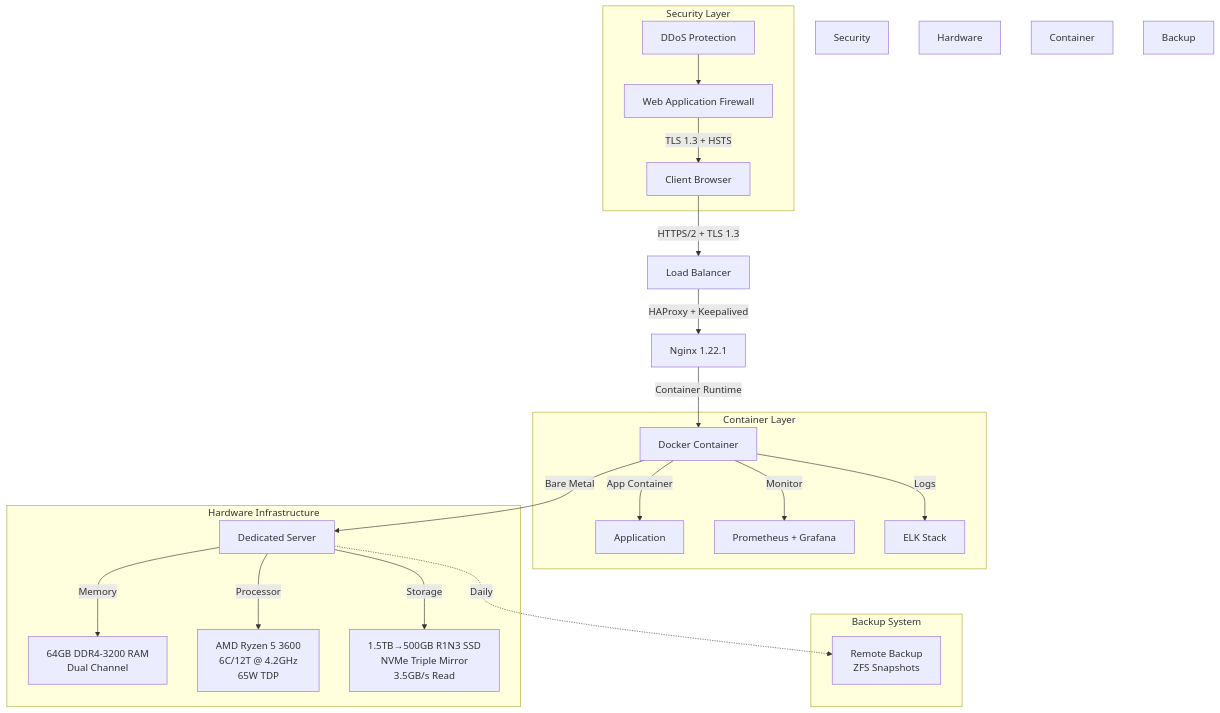
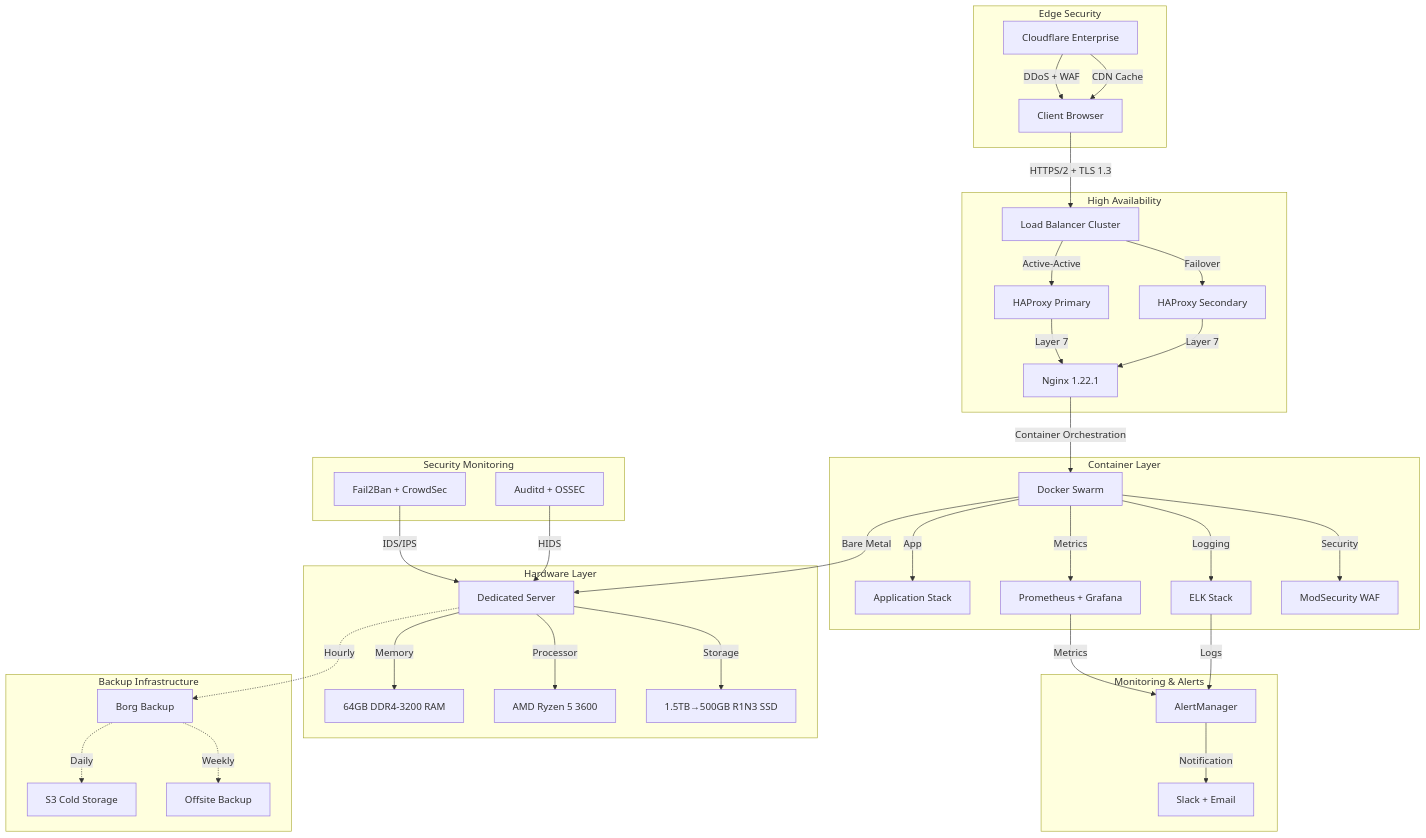
The diagram in README.md (lucaskemper/portfolio-website), drawn with Mermaid before and after one commit.

````diff
--- a/README.md
+++ b/README.md
@@ -34,34 +34,50 @@
 ```mermaid
 graph TD
-    subgraph Security Layer
-        WAF[Web Application Firewall] -->|TLS 1.3 + HSTS| A
-        DDOS[DDoS Protection] --> WAF
+    subgraph Edge Security
+        CF[Cloudflare Enterprise] -->|DDoS + WAF| A
+        CF -->|CDN Cache| A
     end
 
-    A[Client Browser] -->|HTTPS/2 + TLS 1.3| B[Load Balancer]
-    B -->|HAProxy + Keepalived| C[Nginx 1.22.1]
-    C -->|Container Runtime| D[Docker Container]
+    A[Client Browser] -->|HTTPS/2 + TLS 1.3| LB[Load Balancer Cluster]
+
+    subgraph High Availability
+        LB -->|Active-Active| HAP1[HAProxy Primary]
+        LB -->|Failover| HAP2[HAProxy Secondary]
+        HAP1 -->|Layer 7| NGX[Nginx 1.22.1]
+        HAP2 -->|Layer 7| NGX
+    end
+
+    NGX -->|Container Orchestration| DOC[Docker Swarm]
 
     subgraph Container Layer
-        D -->|App Container| APP[Application]
-        D -->|Monitor| MON[Prometheus + Grafana]
-        D -->|Logs| LOG[ELK Stack]
+        DOC -->|App| APP[Application Stack]
+        DOC -->|Metrics| PROM[Prometheus + Grafana]
+        DOC -->|Logging| ELK[ELK Stack]
+        DOC -->|Security| FW[ModSecurity WAF]
     end
 
-    D -->|Bare Metal| E[Dedicated Server]
+    DOC -->|Bare Metal| E[Dedicated Server]
 
-    subgraph Hardware Infrastructure
-        E -->|Memory| F[64GB DDR4-3200 RAM<br>Dual Channel]
-        E -->|Processor| G[AMD Ryzen 5 3600<br>6C/12T @ 4.2GHz<br>65W TDP]
-        E -->|Storage| H[1.5TB→500GB R1N3 SSD<br>NVMe Triple Mirror<br>3.5GB/s Read]
+    subgraph Hardware Layer
+        E -->|Memory| F[64GB DDR4-3200 RAM]
+        E -->|Processor| G[AMD Ryzen 5 3600]
+        E -->|Storage| H[1.5TB→500GB R1N3 SSD]
     end
 
-    subgraph Backup System
-        E -.->|Daily| BK[Remote Backup<br>ZFS Snapshots]
+    subgraph Monitoring & Alerts
+        PROM -->|Metrics| ALERT[AlertManager]
+        ELK -->|Logs| ALERT
+        ALERT -->|Notification| SLACK[Slack + Email]
     end
 
-    style Security Layer fill:#ffe0e0
-    style Hardware Infrastructure fill:#e0f0ff
-    style Container Layer fill:#e0ffe0
-    style Backup System fill:#fff0e0
+    subgraph Backup Infrastructure
+        E -.->|Hourly| BORG[Borg Backup]
+        BORG -.->|Daily| S3[S3 Cold Storage]
+        BORG -.->|Weekly| OFF[Offsite Backup]
+    end
+
+    subgraph Security Monitoring
+        SEC[Fail2Ban + CrowdSec] -->|IDS/IPS| E
+        AUD[Auditd + OSSEC] -->|HIDS| E
+    end
 ```
````
